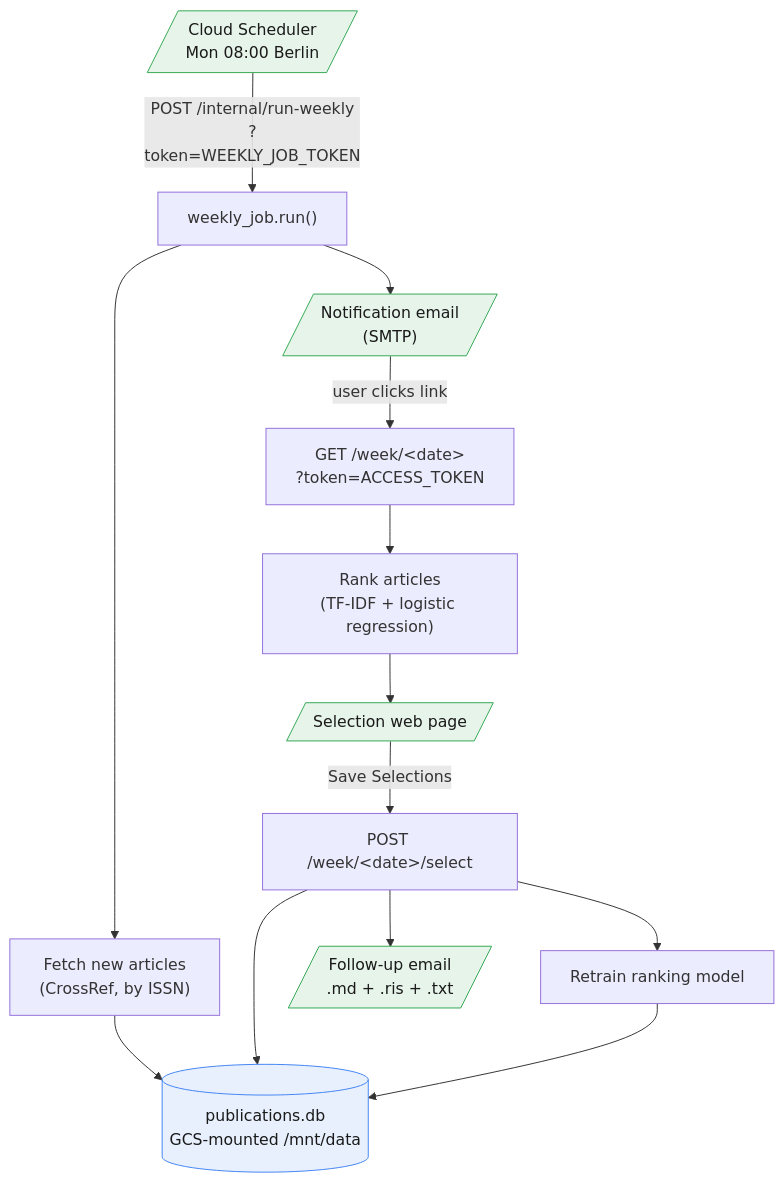
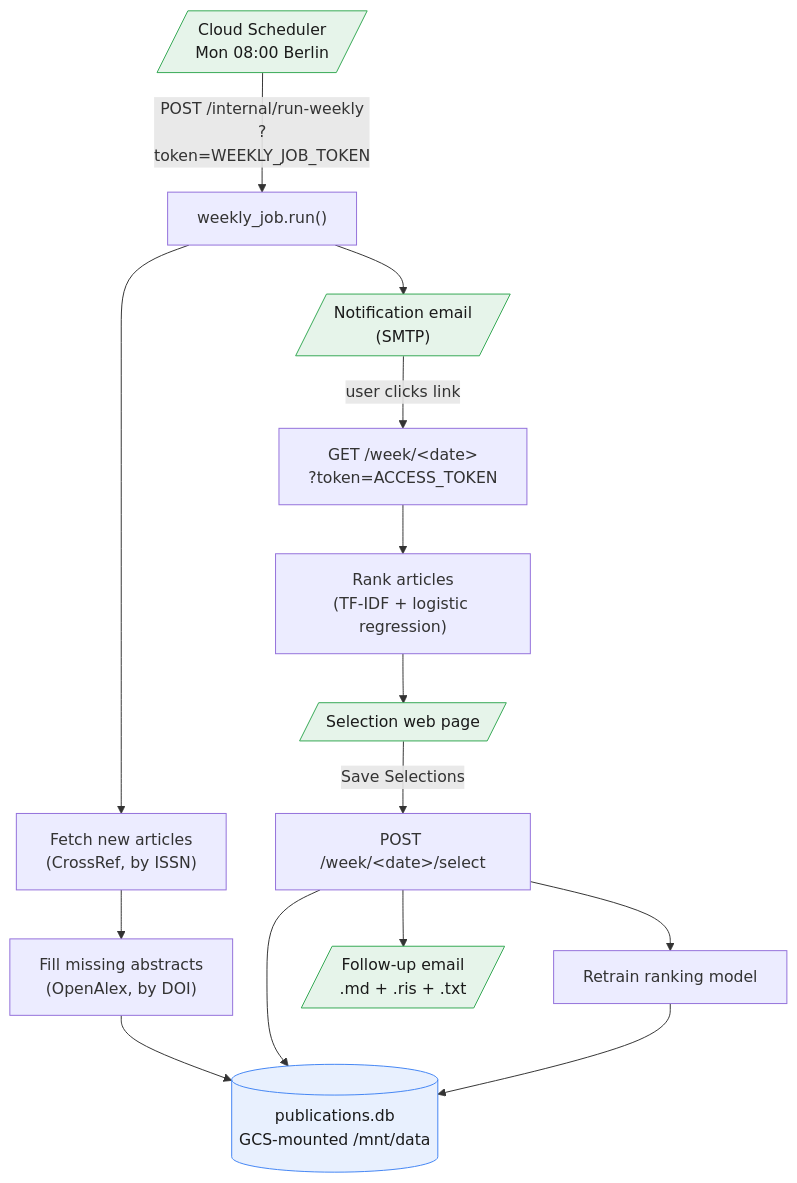
The diagram in README.md (mashud37/publication-reports), drawn with Mermaid before and after one commit. The commit also changed other lines of this file and 4 other files, not shown here.

````diff
--- a/README.md
+++ b/README.md
@@ -7,21 +7,22 @@
 ```mermaid
 flowchart TD
     SCHED[/"Cloud Scheduler<br/>Mon 08:00 Berlin"/] -->|"POST /internal/run-weekly<br/>?token=WEEKLY_JOB_TOKEN"| RUN["weekly_job.run()"]
     RUN --> FETCH["Fetch new articles<br/>(CrossRef, by ISSN)"]
-    FETCH --> DB[("publications.db<br/>GCS-mounted /mnt/data")]
+    FETCH --> OA["Fill missing abstracts<br/>(OpenAlex, by DOI)"]
+    OA --> DB[("publications.db<br/>GCS-mounted /mnt/data")]
     RUN --> NOTIFY[/"Notification email<br/>(SMTP)"/]
 
     NOTIFY -->|"user clicks link"| WEEK["GET /week/&lt;date&gt;<br/>?token=ACCESS_TOKEN"]
     WEEK --> RANK["Rank articles<br/>(TF-IDF + logistic regression)"]
     RANK --> PAGE[/"Selection web page"/]
     PAGE -->|"Save Selections"| SELECT["POST /week/&lt;date&gt;/select"]
     SELECT --> DB
     SELECT --> RETRAIN["Retrain ranking model"]
     RETRAIN --> DB
     SELECT --> RESULT[/"Follow-up email<br/>.md + .ris + .txt"/]
 
     classDef store fill:#e8f0fe,stroke:#4285f4,color:#1a1a1a;
     classDef trigger fill:#e6f4ea,stroke:#34a853,color:#1a1a1a;
     class DB store;
     class SCHED,NOTIFY,PAGE,RESULT trigger;
 ```
````
